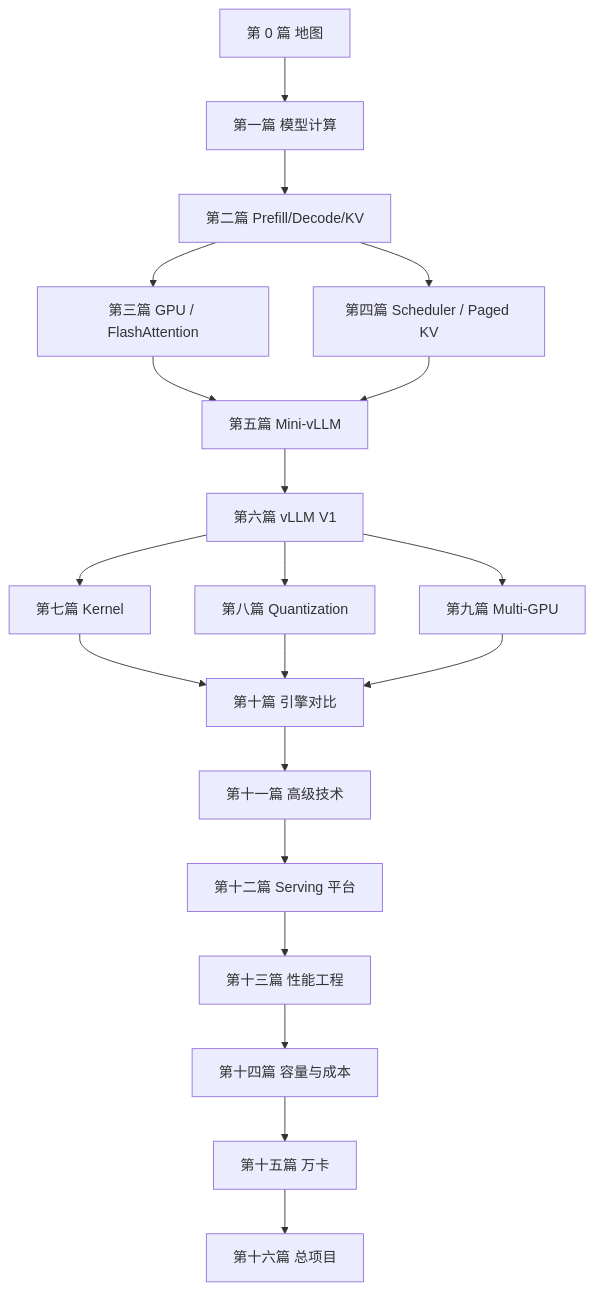
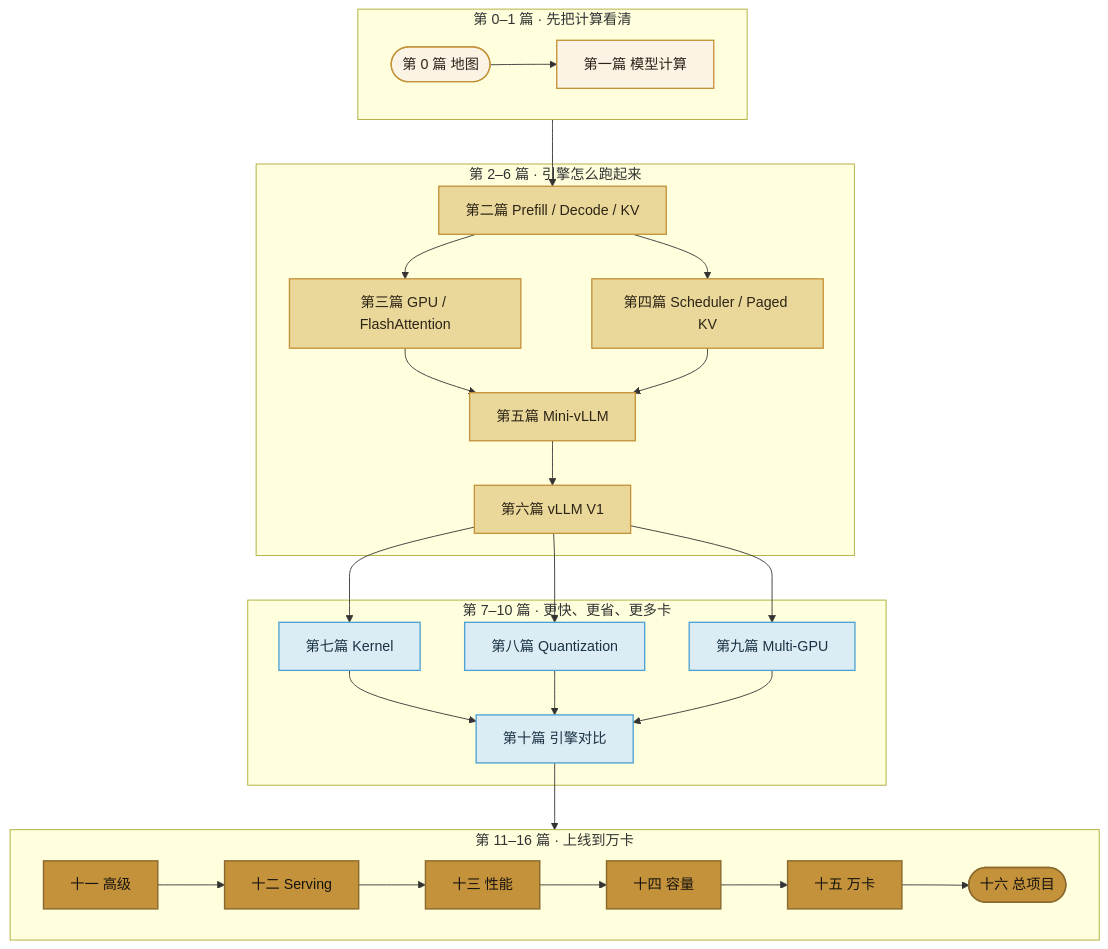
The diagram in src/content/docs/00-introduction/04-roadmap.mdx (xiangel/llm-inference-course), drawn with Mermaid before and after one commit. The commit also changed 9 other files, not shown here.

First line of the commit message:
Restyle architecture diagrams to match the book palette

````diff
--- a/src/content/docs/00-introduction/04-roadmap.mdx
+++ b/src/content/docs/00-introduction/04-roadmap.mdx
@@ -107,22 +107,45 @@
 ```mermaid
 flowchart TB
-  P0["第 0 篇 地图"] --> P1["第一篇 模型计算"]
-  P1 --> P2["第二篇 Prefill/Decode/KV"]
-  P2 --> P3["第三篇 GPU / FlashAttention"]
-  P2 --> P4["第四篇 Scheduler / Paged KV"]
-  P3 --> P5["第五篇 Mini-vLLM"]
-  P4 --> P5
-  P5 --> P6["第六篇 vLLM V1"]
-  P6 --> P7["第七篇 Kernel"]
-  P6 --> P8["第八篇 Quantization"]
-  P6 --> P9["第九篇 Multi-GPU"]
-  P7 --> P10["第十篇 引擎对比"]
-  P8 --> P10
-  P9 --> P10
-  P10 --> P11["第十一篇 高级技术"]
-  P11 --> P12["第十二篇 Serving 平台"]
-  P12 --> P13["第十三篇 性能工程"]
-  P13 --> P14["第十四篇 容量与成本"]
-  P14 --> P15["第十五篇 万卡"]
-  P15 --> P16["第十六篇 总项目"]
+  classDef map fill:#fbf4e4,stroke:#c4923a,color:#2c2416,stroke-width:1.5px
+  classDef engine fill:#ead89a,stroke:#c4923a,color:#2c2416,stroke-width:1.5px
+  classDef hw fill:#dcecf5,stroke:#4ea1d3,color:#1a3344,stroke-width:1.5px
+  classDef prod fill:#c4923a,stroke:#8a6a2e,color:#171410,stroke-width:1.6px
+
+  subgraph Map["第 0–1 篇 · 先把计算看清"]
+    direction LR
+    P0(["第 0 篇 地图"]):::map --> P1["第一篇 模型计算"]:::map
+  end
+
+  subgraph Core["第 2–6 篇 · 引擎怎么跑起来"]
+    P2["第二篇 Prefill / Decode / KV"]:::engine
+    P3["第三篇 GPU / FlashAttention"]:::engine
+    P4["第四篇 Scheduler / Paged KV"]:::engine
+    P5["第五篇 Mini-vLLM"]:::engine
+    P6["第六篇 vLLM V1"]:::engine
+    P2 --> P3 & P4
+    P3 --> P5
+    P4 --> P5
+    P5 --> P6
+  end
+
+  subgraph Stack["第 7–10 篇 · 更快、更省、更多卡"]
+    P7["第七篇 Kernel"]:::hw
+    P8["第八篇 Quantization"]:::hw
+    P9["第九篇 Multi-GPU"]:::hw
+    P10["第十篇 引擎对比"]:::hw
+    P7 & P8 & P9 --> P10
+  end
+
+  subgraph Prod["第 11–16 篇 · 上线到万卡"]
+    direction LR
+    P11["十一 高级"]:::prod --> P12["十二 Serving"]:::prod
+    P12 --> P13["十三 性能"]:::prod
+    P13 --> P14["十四 容量"]:::prod
+    P14 --> P15["十五 万卡"]:::prod
+    P15 --> P16(["十六 总项目"]):::prod
+  end
+
+  P1 --> P2
+  P6 --> P7 & P8 & P9
+  P10 --> P11
 ```
````
